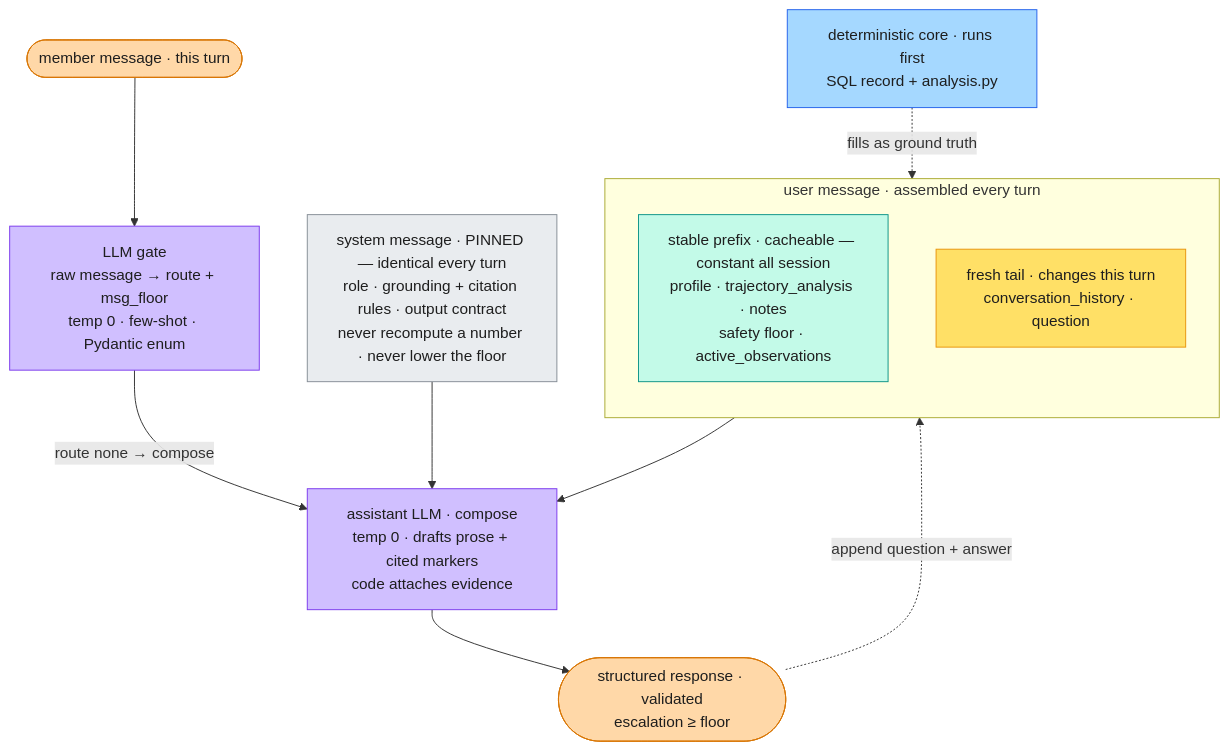
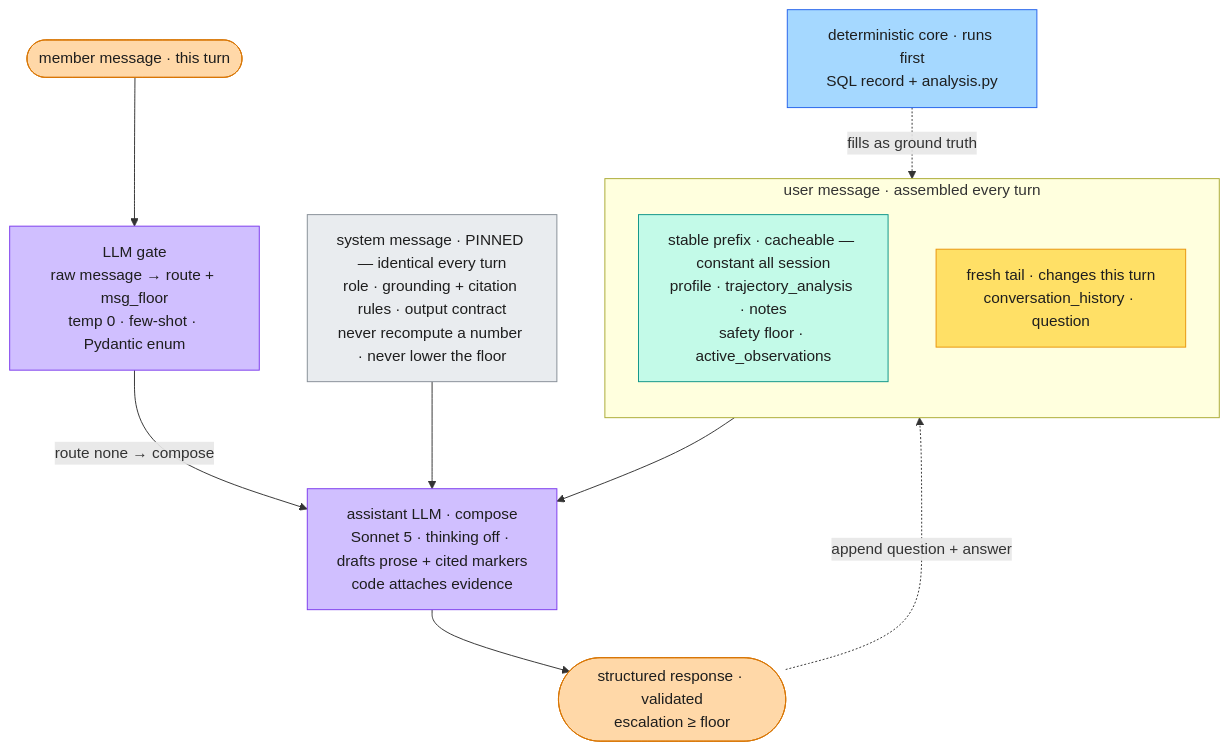
One commit to franalli/health-agent-lab changed the fourth of 11 diagrams in docs/architecture.md. Above: the diagram before and after it, drawn with Mermaid. The commit also changed other lines of this file and 35 other files, not shown here.

````diff
--- a/docs/architecture.md
+++ b/docs/architecture.md
@@ -172,25 +172,25 @@
 ```mermaid
 flowchart TB
   IN([member message · this turn]):::io --> GATE[LLM gate<br/>raw message → route + msg_floor<br/>temp 0 · few-shot · Pydantic enum]:::gen
-  GATE -->|route none → compose| ASST[assistant LLM · compose<br/>temp 0 · drafts prose + cited markers<br/>code attaches evidence]:::gen
+  GATE -->|route none → compose| ASST[assistant LLM · compose<br/>Sonnet 5 · thinking off · drafts prose + cited markers<br/>code attaches evidence]:::gen
 
   SYS[system message · PINNED — identical every turn<br/>role · grounding + citation rules · output contract<br/>never recompute a number · never lower the floor]:::frame --> ASST
 
   subgraph UMSG ["user message · assembled every turn"]
     direction TB
     PFX[stable prefix · cacheable — constant all session<br/>profile · trajectory_analysis · notes<br/>safety floor · active_observations]:::ctx
     TAIL[fresh tail · changes this turn<br/>conversation_history · question]:::fresh
   end
   UMSG --> ASST
 
   ASST --> OUT([structured response · validated<br/>escalation ≥ floor]):::io
   OUT -.->|append question + answer| TAIL
   CORE[deterministic core · runs first<br/>SQL record + analysis.py]:::det -.->|fills as ground truth| PFX
 
   classDef det fill:#a5d8ff,stroke:#2563eb,color:#1e1e1e
   classDef gen fill:#d0bfff,stroke:#7c3aed,color:#1e1e1e
   classDef io fill:#ffd8a8,stroke:#d97706,color:#1e1e1e
   classDef ctx fill:#c3fae8,stroke:#0d9488,color:#1e1e1e
   classDef fresh fill:#ffe066,stroke:#e8950c,color:#1e1e1e
   classDef frame fill:#e9ecef,stroke:#868e96,color:#1e1e1e
 ```
````
